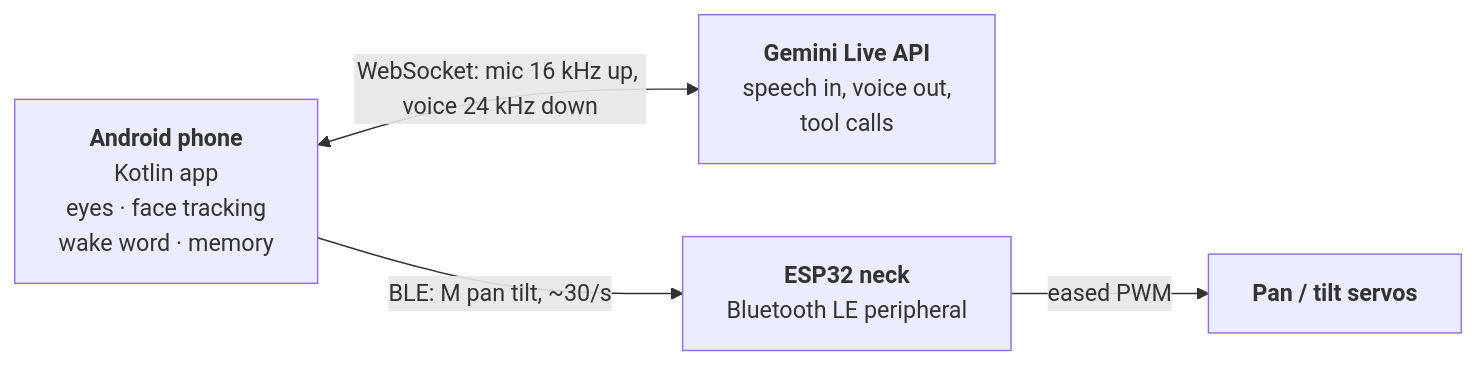
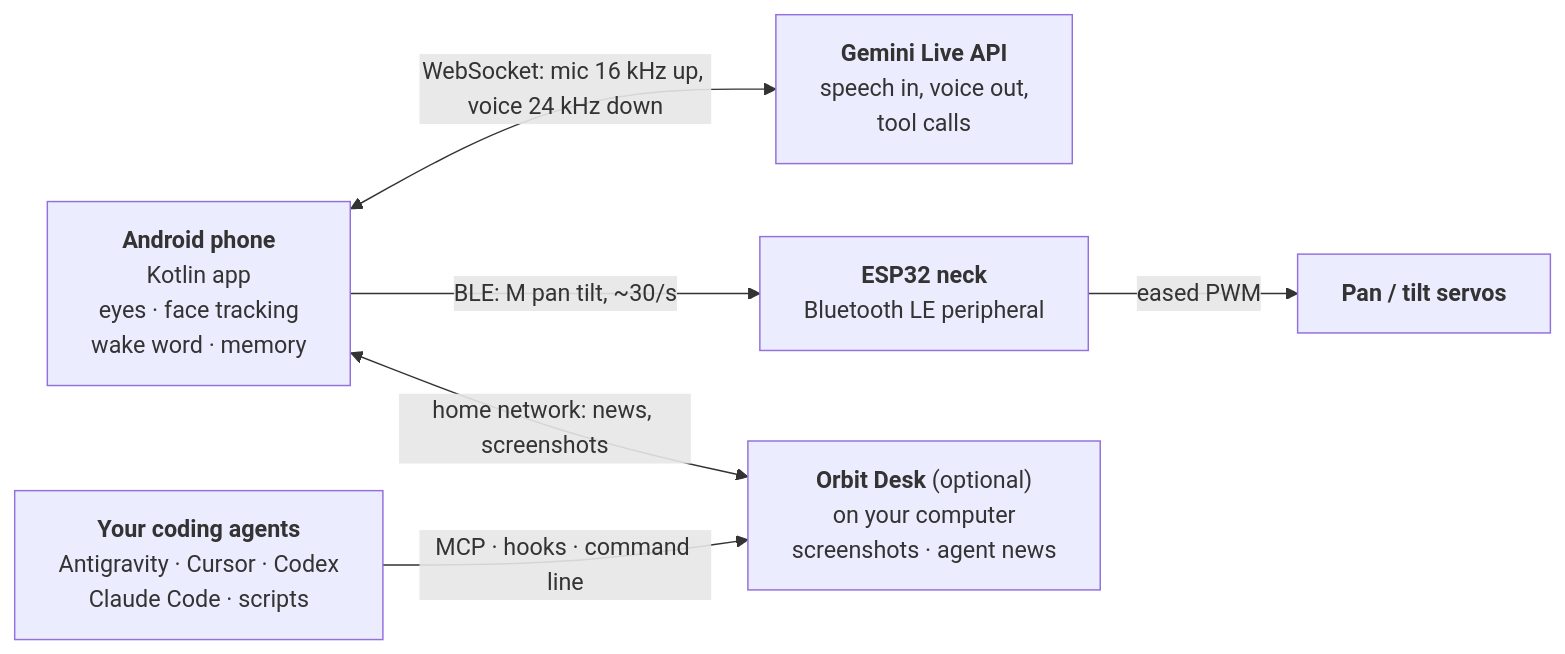
The diagram in README.md (dinosaurmike/Orbit), drawn with Mermaid before and after one commit. The commit also changed other lines of this file and 17 other files, not shown here.

````diff
--- a/README.md
+++ b/README.md
@@ -24,10 +24,14 @@
 ```mermaid
 flowchart LR
   phone["<b>Android phone</b><br/>Kotlin app<br/>eyes · face tracking<br/>wake word · memory"]
   gem["<b>Gemini Live API</b><br/>speech in, voice out,<br/>tool calls"]
   esp["<b>ESP32 neck</b><br/>Bluetooth LE peripheral"]
   servo["<b>Pan / tilt servos</b>"]
+  desk["<b>Orbit Desk</b> (optional)<br/>on your computer<br/>screenshots · agent news"]
+  agents["<b>Your coding agents</b><br/>Antigravity · Cursor · Codex<br/>Claude Code · scripts"]
   phone <-- "WebSocket: mic 16 kHz up, voice 24 kHz down" --> gem
   phone -- "BLE: M pan tilt, ~30/s" --> esp
   esp -- "eased PWM" --> servo
+  agents -- "MCP · hooks · command line" --> desk
+  phone <-- "home network: news, screenshots" --> desk
 ```
````
